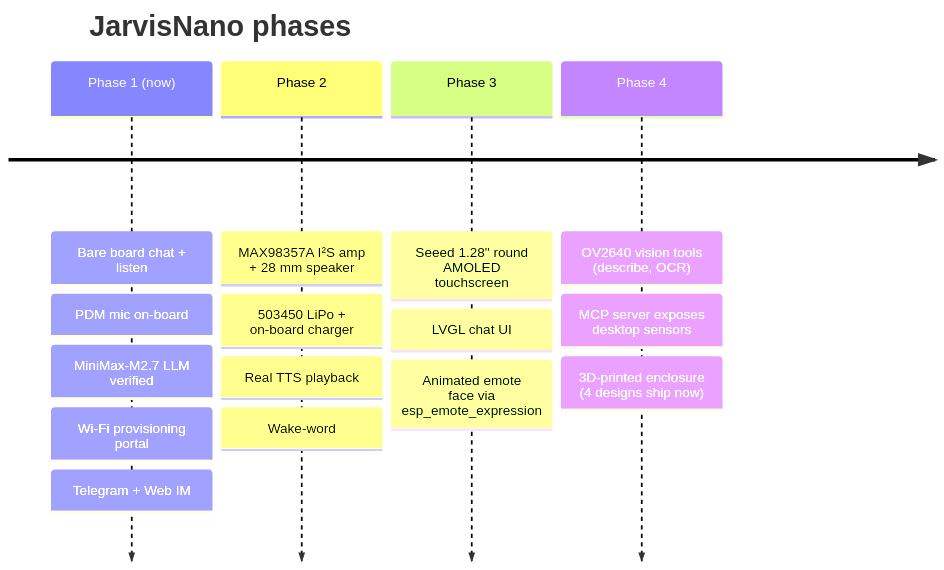
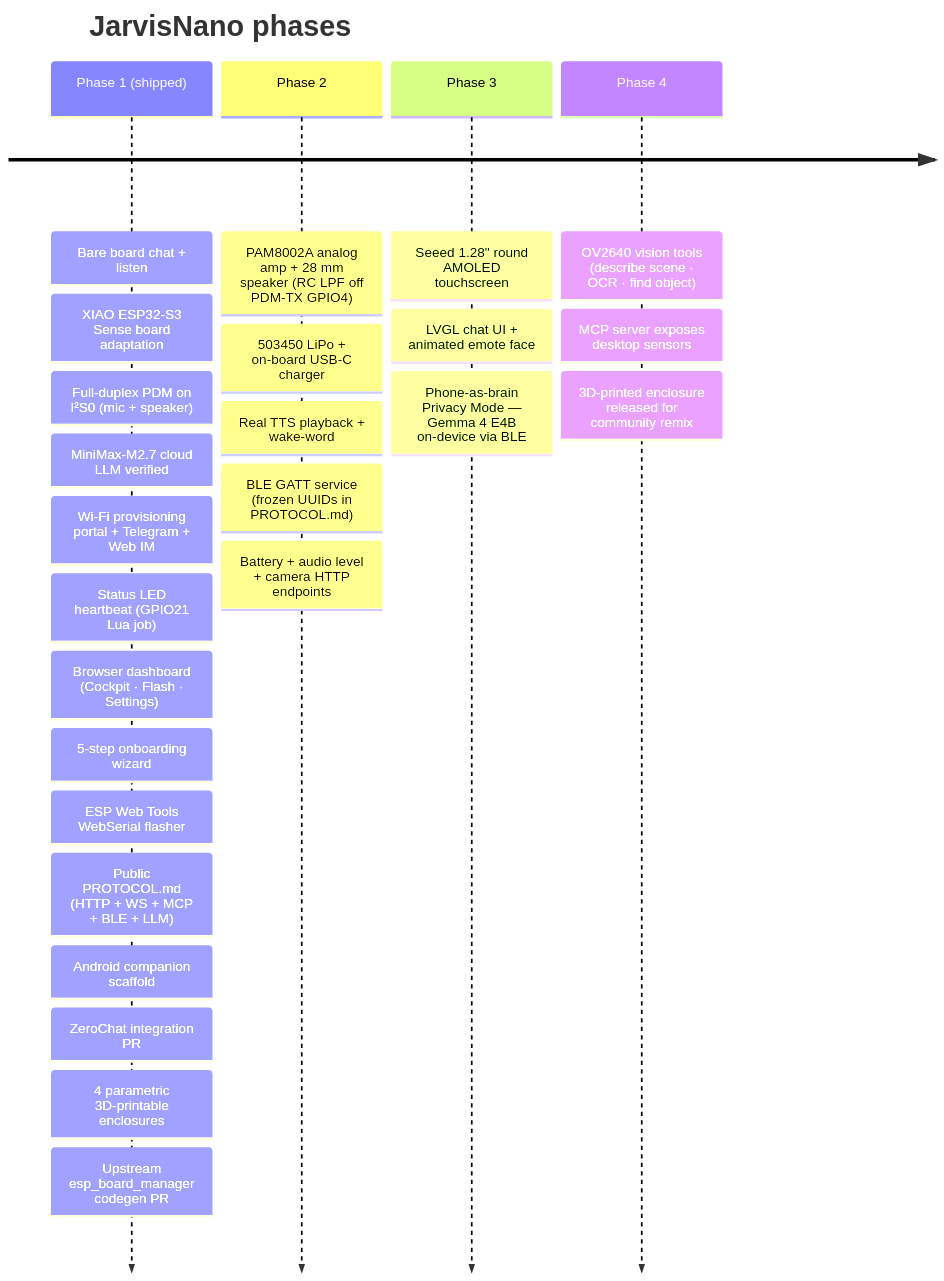
The second of 2 diagrams in README.md (PascalAI2024/JarvisNano), drawn with Mermaid before and after one commit. The commit also changed other lines of this file and 5 other files, not shown here.

````diff
--- a/README.md
+++ b/README.md
@@ -199,19 +214,29 @@
 ```mermaid
 timeline
     title JarvisNano phases
-    Phase 1 (now) : Bare board chat + listen
-                  : PDM mic on-board
-                  : MiniMax-M2.7 LLM verified
-                  : Wi-Fi provisioning portal
-                  : Telegram + Web IM
-    Phase 2       : MAX98357A I²S amp + 28 mm speaker
-                  : 503450 LiPo + on-board charger
-                  : Real TTS playback
-                  : Wake-word
-    Phase 3       : Seeed 1.28" round AMOLED touchscreen
-                  : LVGL chat UI
-                  : Animated emote face via esp_emote_expression
-    Phase 4       : OV2640 vision tools (describe, OCR)
-                  : MCP server exposes desktop sensors
-                  : 3D-printed enclosure (4 designs ship now)
+    Phase 1 (shipped) : Bare board chat + listen
+                      : XIAO ESP32-S3 Sense board adaptation
+                      : Full-duplex PDM on I²S0 (mic + speaker)
+                      : MiniMax-M2.7 cloud LLM verified
+                      : Wi-Fi provisioning portal + Telegram + Web IM
+                      : Status LED heartbeat (GPIO21 Lua job)
+                      : Browser dashboard (Cockpit · Flash · Settings)
+                      : 5-step onboarding wizard
+                      : ESP Web Tools WebSerial flasher
+                      : Public PROTOCOL.md (HTTP + WS + MCP + BLE + LLM)
+                      : Android companion scaffold
+                      : ZeroChat integration PR
+                      : 4 parametric 3D-printable enclosures
+                      : Upstream esp_board_manager codegen PR
+    Phase 2           : PAM8002A analog amp + 28 mm speaker (RC LPF off PDM-TX GPIO4)
+                      : 503450 LiPo + on-board USB-C charger
+                      : Real TTS playback + wake-word
+                      : BLE GATT service (frozen UUIDs in PROTOCOL.md)
+                      : Battery + audio level + camera HTTP endpoints
+    Phase 3           : Seeed 1.28" round AMOLED touchscreen
+                      : LVGL chat UI + animated emote face
+                      : Phone-as-brain Privacy Mode — Gemma 4 E4B on-device via BLE
+    Phase 4           : OV2640 vision tools (describe scene · OCR · find object)
+                      : MCP server exposes desktop sensors
+                      : 3D-printed enclosure released for community remix
 ```
````
